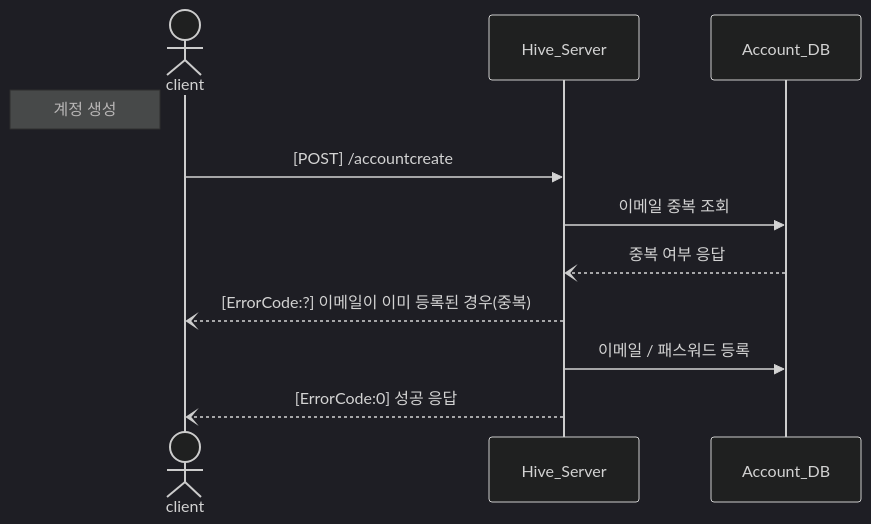
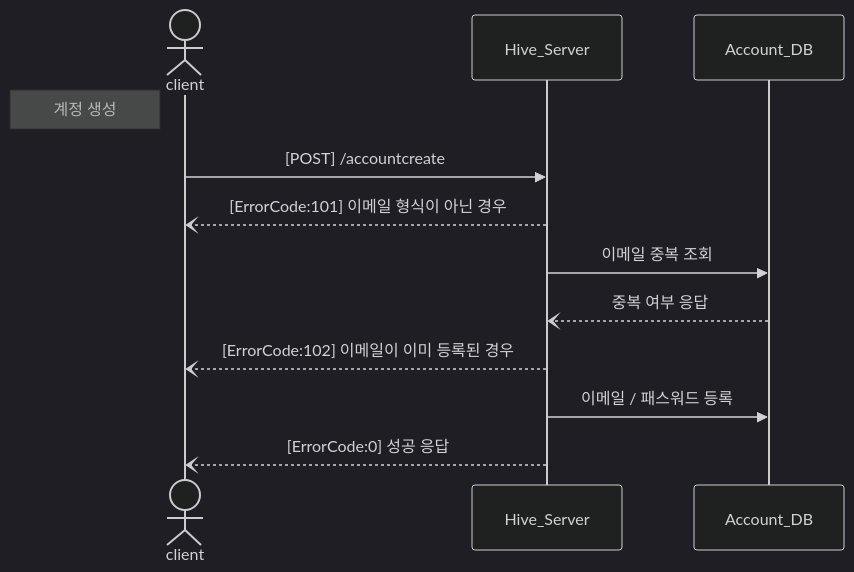
One commit to KongJJoki/OmokProj changed the first of 4 diagrams in README.md. Above: the diagram before and after it, drawn with Mermaid (dark theme). The commit also changed other lines of this file, not shown here.

````diff
--- a/README.md
+++ b/README.md
@@ -48,15 +48,16 @@
 ```mermaid
 sequenceDiagram
     actor A as client
     participant B as Hive_Server
     participant C as Account_DB
 
     %% 계정 생성
     note left of A: 계정 생성
     A->>B: [POST] /accountcreate
+    B--)A: [ErrorCode:101] 이메일 형식이 아닌 경우
     B->>C: 이메일 중복 조회
     C--)B: 중복 여부 응답
-    B--)A: [ErrorCode:?] 이메일이 이미 등록된 경우(중복)
+    B--)A: [ErrorCode:102] 이메일이 이미 등록된 경우
     B->>C: 이메일 / 패스워드 등록
     B--)A: [ErrorCode:0] 성공 응답
 ```
````
